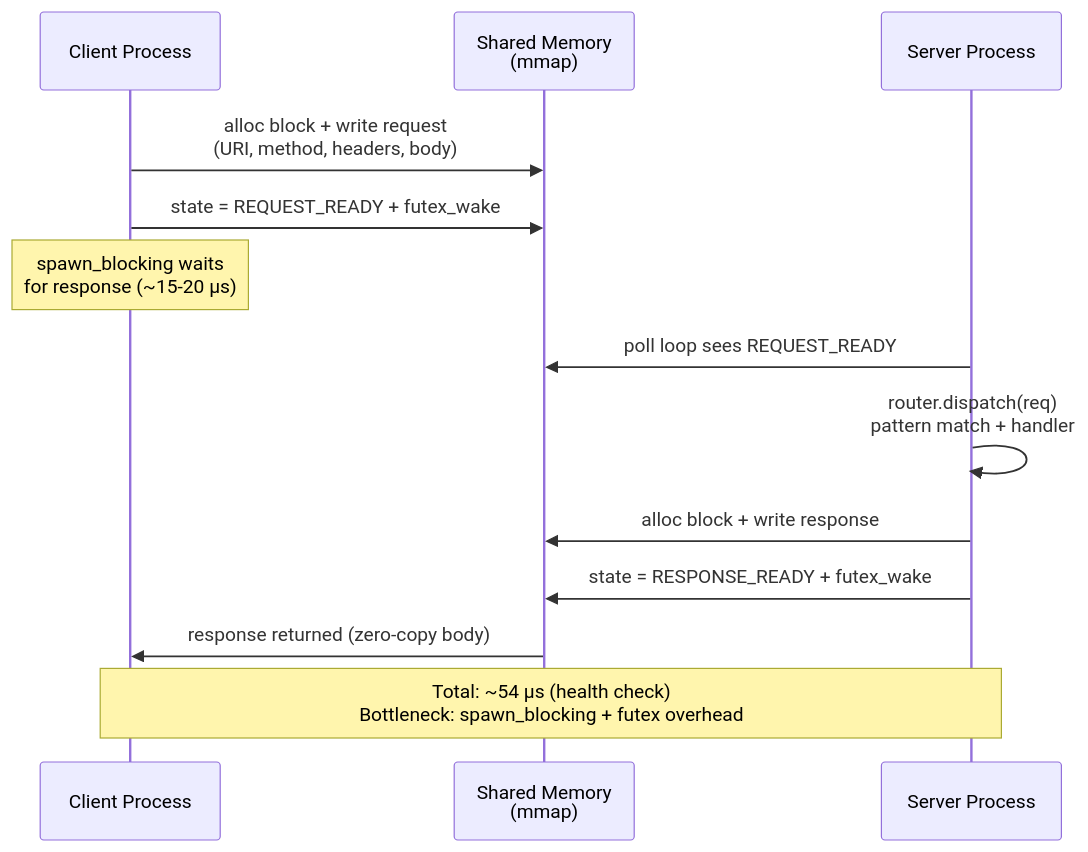
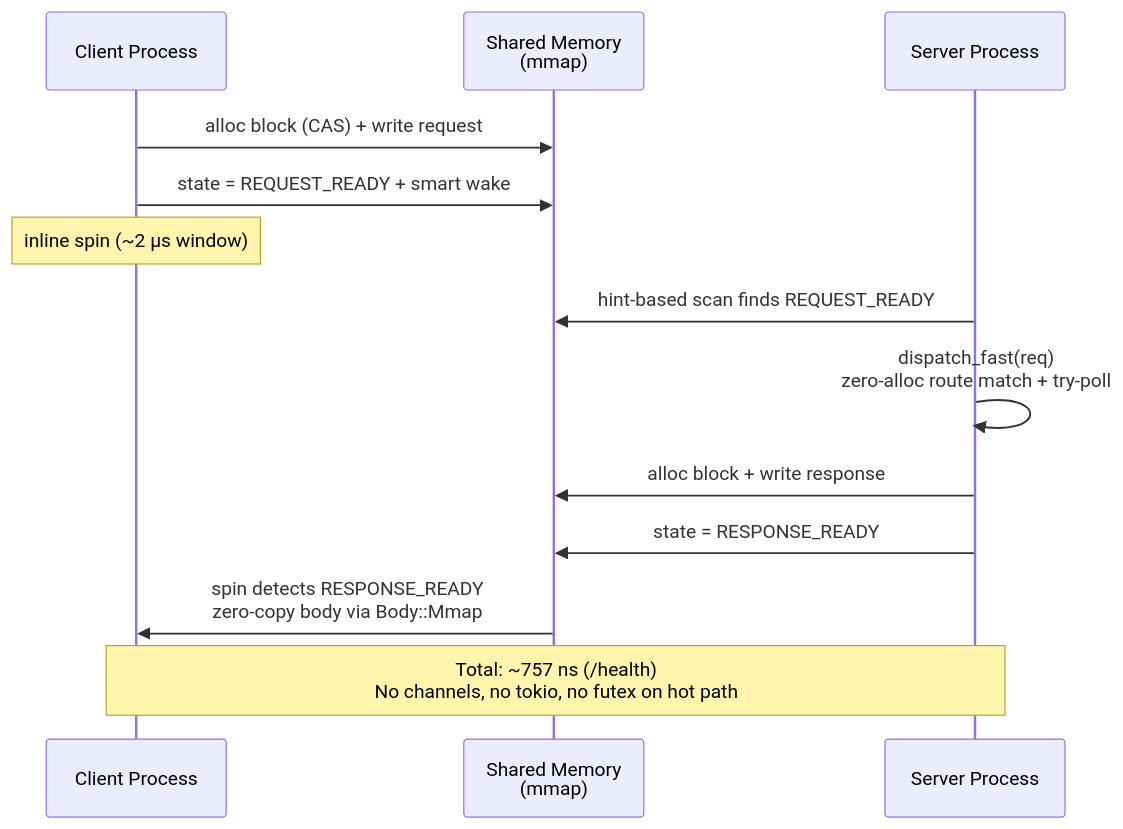
Before and after one commit to userFRM/crossbar: the third of 3 diagrams in README.md, drawn with Mermaid. The commit also changed other lines of this file and 2 other files, not shown here.

````diff
--- a/README.md
+++ b/README.md
@@ -134,20 +134,20 @@
 ```mermaid
 sequenceDiagram
     participant C as Client Process
     participant SHM as Shared Memory<br/>(mmap)
     participant S as Server Process
 
-    C->>SHM: alloc block + write request<br/>(URI, method, headers, body)
-    C->>SHM: state = REQUEST_READY + futex_wake
+    C->>SHM: alloc block (CAS) + write request
+    C->>SHM: state = REQUEST_READY + smart wake
 
-    Note over C: spawn_blocking waits<br/>for response (~15-20 µs)
+    Note over C: inline spin (~2 µs window)
 
-    S->>SHM: poll loop sees REQUEST_READY
-    S->>S: router.dispatch(req)<br/>pattern match + handler
+    S->>SHM: hint-based scan finds REQUEST_READY
+    S->>S: dispatch_fast(req)<br/>zero-alloc route match + try-poll
     S->>SHM: alloc block + write response
-    S->>SHM: state = RESPONSE_READY + futex_wake
+    S->>SHM: state = RESPONSE_READY
 
-    SHM->>C: response returned (zero-copy body)
+    SHM->>C: spin detects RESPONSE_READY<br/>zero-copy body via Body::Mmap
 
-    Note over C,S: Total: ~54 µs (health check)<br/>Bottleneck: spawn_blocking + futex overhead
+    Note over C,S: Total: ~757 ns (/health)<br/>No channels, no tokio, no futex on hot path
 ```
````
